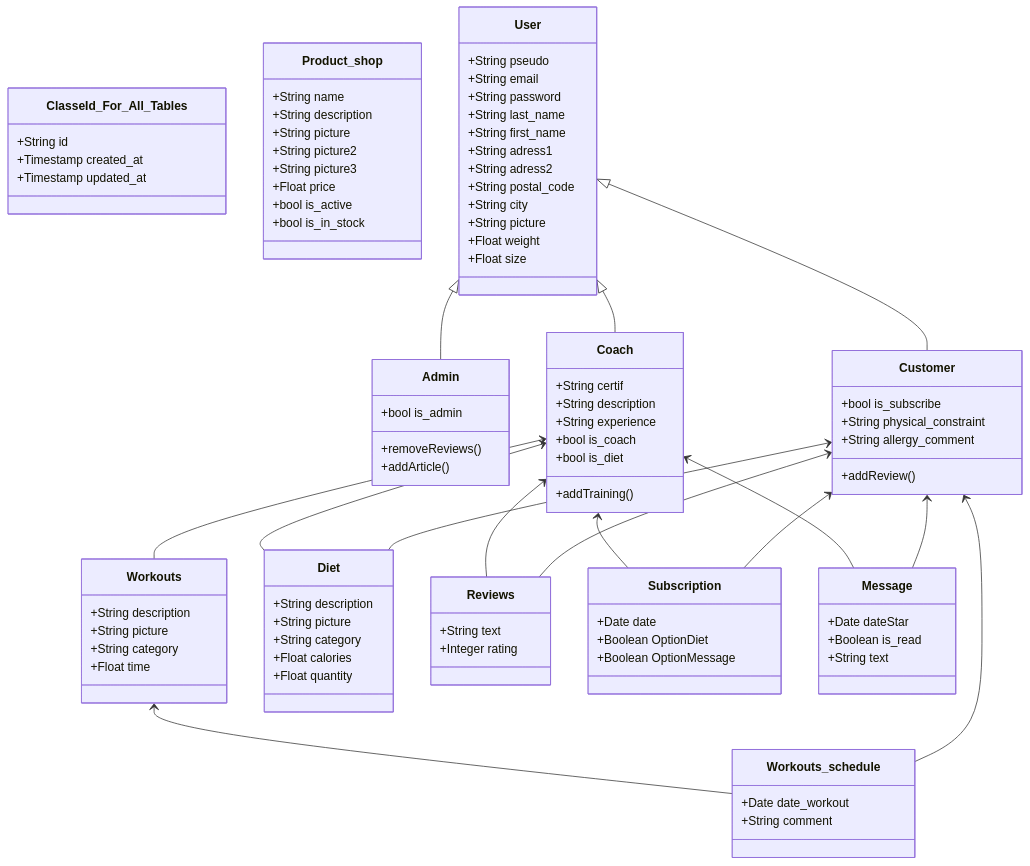
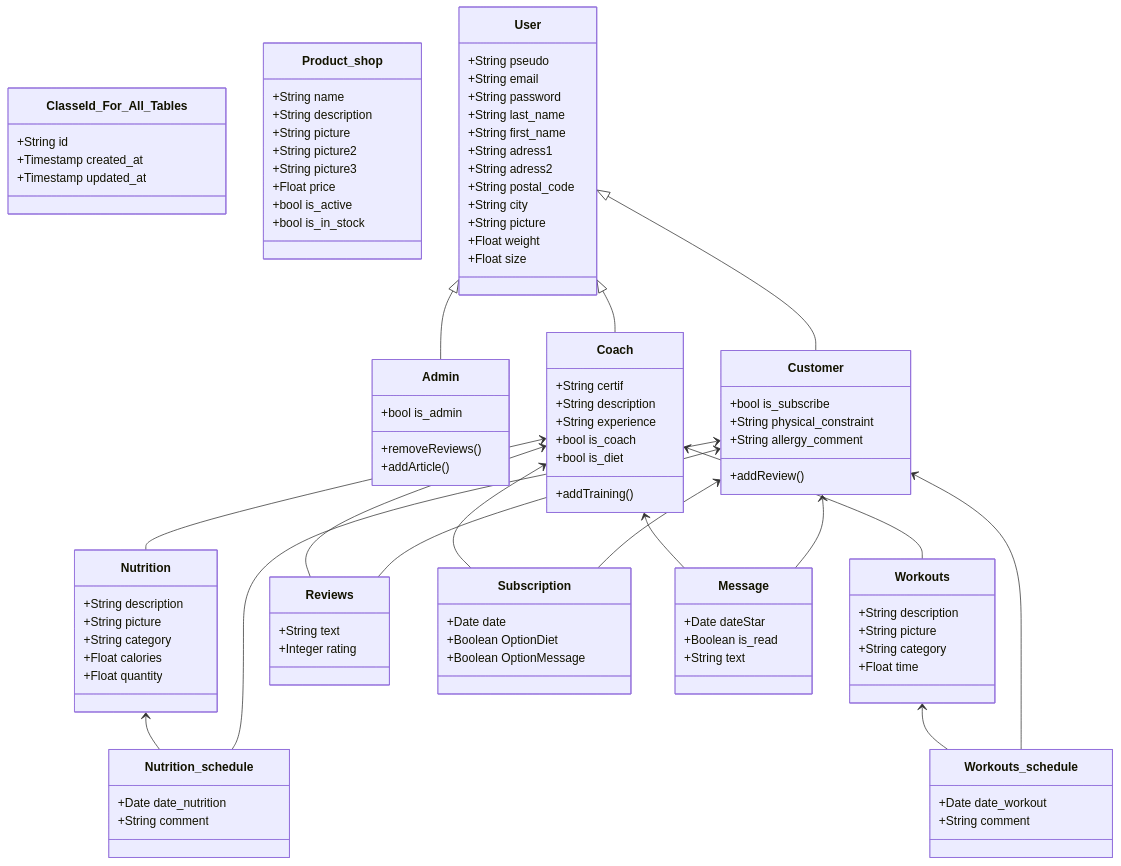
Before and after one commit to Genia888/FitnessHub: the diagram in Documentation/(Stage 3) Technical Documentation.md, drawn with Mermaid.

Commit message:
Change link and add nutrition shedule

```diff
--- a/Documentation/(Stage 3) Technical Documentation.md
+++ b/Documentation/(Stage 3) Technical Documentation.md
@@ -128,7 +128,7 @@
       +Float time
     }
 
-    class Diet {
+    class Nutrition {
       +String description
       +String picture
       +String category<Protein,Carbs,Fats,...>
@@ -138,6 +138,11 @@
 
     class Workouts_schedule {
       +Date date_workout
+      +String comment
+    }
+
+    class Nutrition_schedule {
+      +Date date_nutrition
       +String comment
     }
 
@@ -181,11 +186,12 @@
     }
 
     %% Relations
+	Nutrition <-- Nutrition_schedule
+    Customer <-- Nutrition_schedule
     Workouts <-- Workouts_schedule
     Customer <-- Workouts_schedule
     Coach <-- Workouts
-    Coach <-- Diet
-    Customer <-- Diet
+    Coach <-- Nutrition
     User <|-- Admin
     User <|-- Customer
     User <|-- Coach
```
